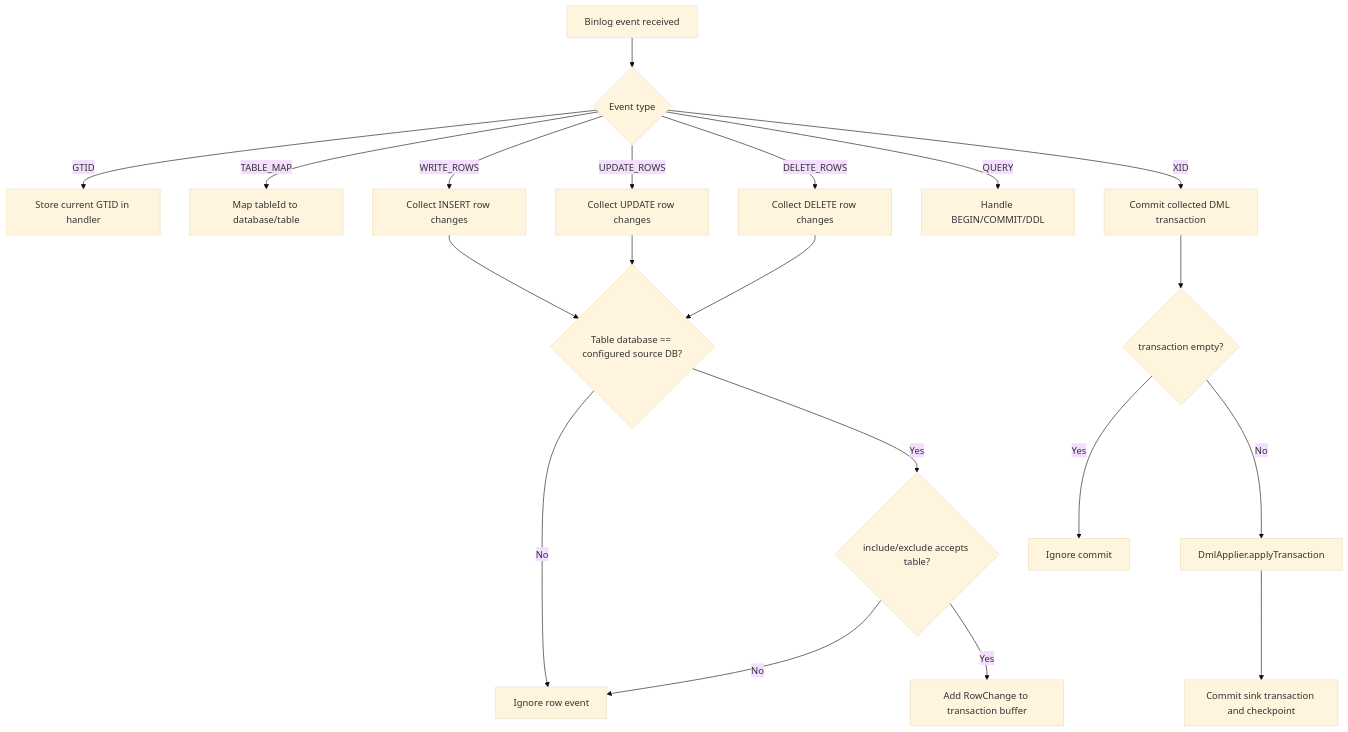
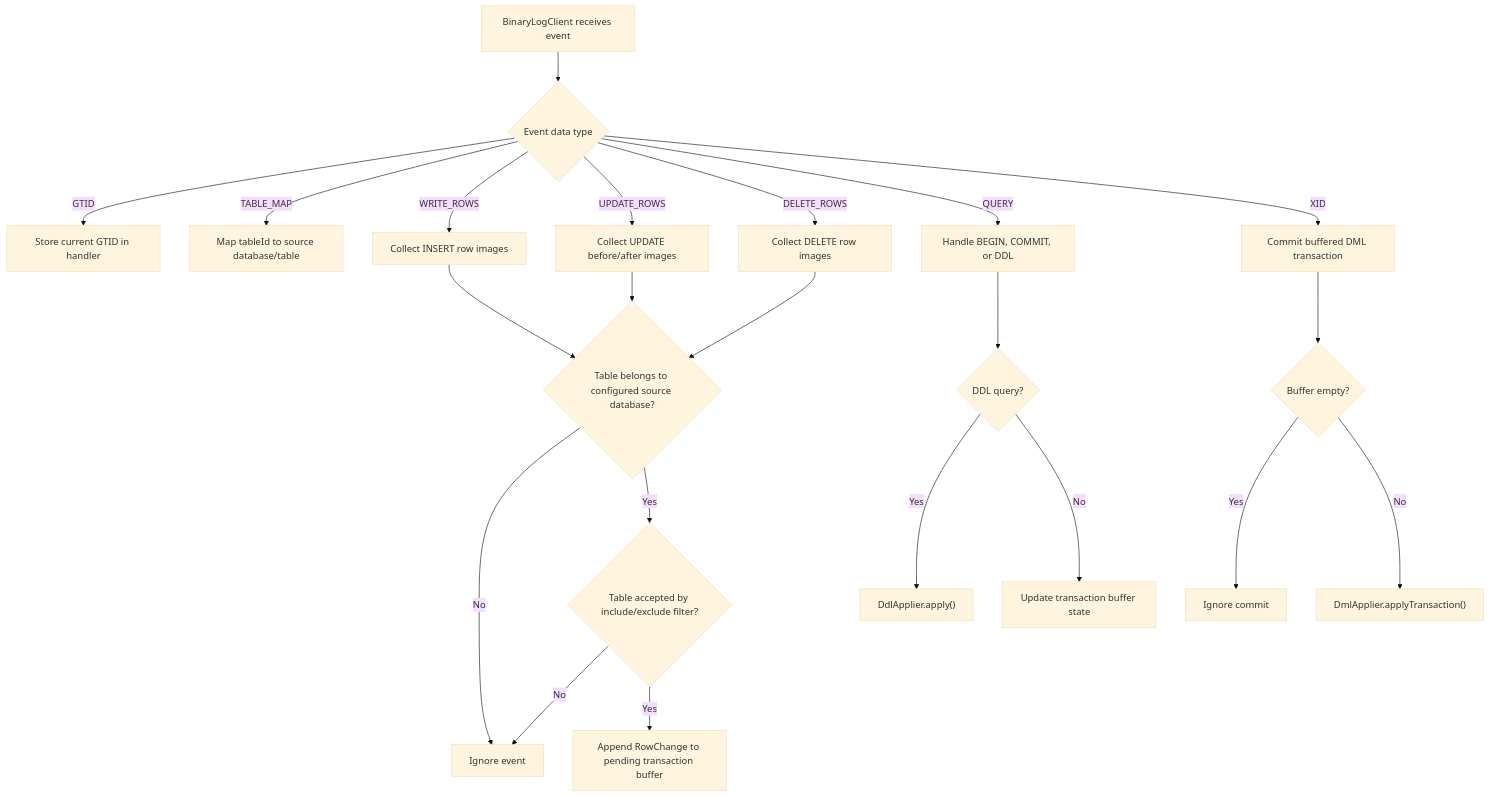
Before and after one commit to phongthinkvitals/thinkvitals-mysql-replicator: the fifth of 12 diagrams in backend/docs/replication-flow.md, drawn with Mermaid (base theme). The commit also changed other lines of this file and 9 other files, not shown here.

````diff
--- a/backend/docs/replication-flow.md
+++ b/backend/docs/replication-flow.md
@@ -136,24 +234,27 @@
 ```mermaid
 flowchart TD
-    A[Binlog event received] --> B{Event type}
-    B -- GTID --> C[Store current GTID in handler]
-    B -- TABLE_MAP --> D[Map tableId to database/table]
-    B -- WRITE_ROWS --> E[Collect INSERT row changes]
-    B -- UPDATE_ROWS --> F[Collect UPDATE row changes]
-    B -- DELETE_ROWS --> G[Collect DELETE row changes]
-    B -- QUERY --> H[Handle BEGIN/COMMIT/DDL]
-    B -- XID --> I[Commit collected DML transaction]
+    A["BinaryLogClient receives event"] --> B{"Event data type"}
+    B -- "GTID" --> C["Store current GTID in handler"]
+    B -- "TABLE_MAP" --> D["Map tableId to source database/table"]
+    B -- "WRITE_ROWS" --> E["Collect INSERT row images"]
+    B -- "UPDATE_ROWS" --> F["Collect UPDATE before/after images"]
+    B -- "DELETE_ROWS" --> G["Collect DELETE row images"]
+    B -- "QUERY" --> H["Handle BEGIN, COMMIT, or DDL"]
+    B -- "XID" --> I["Commit buffered DML transaction"]
 
-    E --> J{Table database == configured source DB?}
+    E --> J{"Table belongs to configured source database?"}
     F --> J
     G --> J
-    J -- No --> K[Ignore row event]
-    J -- Yes --> L{include/exclude accepts table?}
-    L -- No --> K
-    L -- Yes --> M[Add RowChange to transaction buffer]
+    J -- "No" --> K["Ignore event"]
+    J -- "Yes" --> L{"Table accepted by include/exclude filter?"}
+    L -- "No" --> K
+    L -- "Yes" --> M["Append RowChange to pending transaction buffer"]
 
-    I --> N{transaction empty?}
-    N -- Yes --> O[Ignore commit]
-    N -- No --> P[DmlApplier.applyTransaction]
-    P --> Q[Commit sink transaction and checkpoint]
+    H --> N{"DDL query?"}
+    N -- "Yes" --> O["DdlApplier.apply()"]
+    N -- "No" --> P["Update transaction buffer state"]
+
+    I --> Q{"Buffer empty?"}
+    Q -- "Yes" --> R["Ignore commit"]
+    Q -- "No" --> S["DmlApplier.applyTransaction()"]
 ```
````
